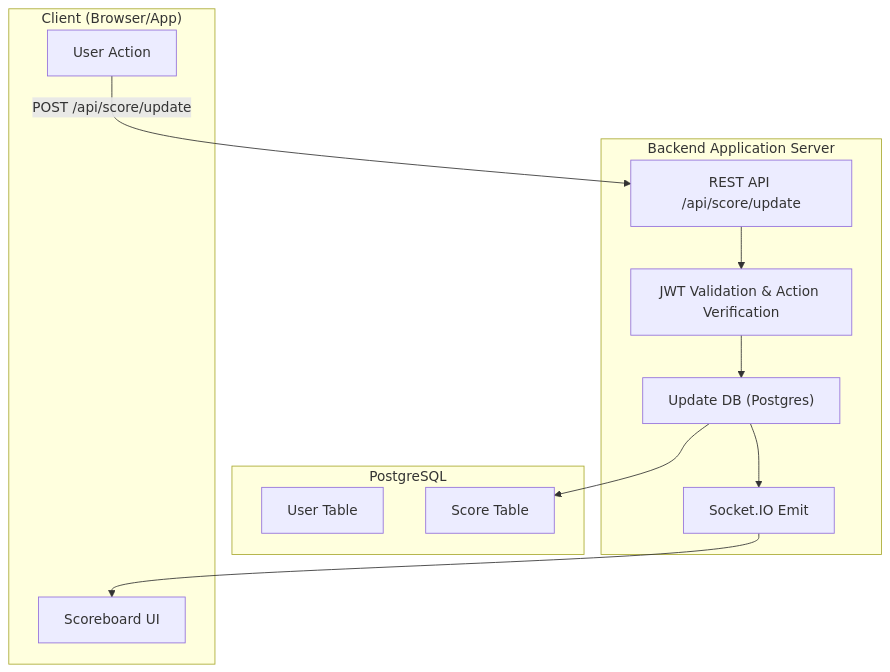
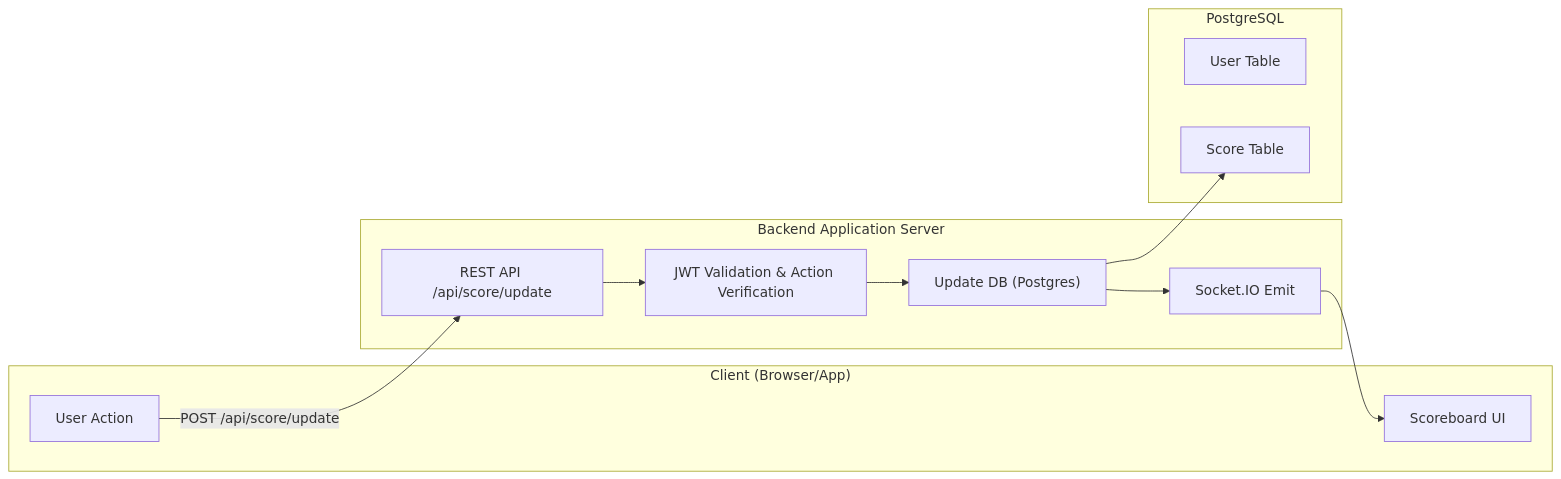
Before and after one commit to lvhoanthanh/react-login: the diagram in backend/readme.md, drawn with Mermaid.

````diff
--- a/backend/readme.md
+++ b/backend/readme.md
@@ -185,26 +185,29 @@
 ```mermaid
-flowchart TB
+flowchart LR
 
-    subgraph DB["PostgreSQL"]
-        D1["User Table"]
-        D2["Score Table"]
+    %% Client (Cột 1 - Bên trái)
+    subgraph Client["Client (Browser/App)"]
+        A1["User Action"]
+        A2["Scoreboard UI"]
     end
 
+    %% Backend (Cột 2 - Giữa)
     subgraph Backend["Backend Application Server"]
         B1["REST API /api/score/update"]
         B2["JWT Validation & Action Verification"]
         B3["Update DB (Postgres)"]
         B4["Socket.IO Emit"]
     end
 
-    
-    subgraph Client["Client (Browser/App)"]
-        A1["User Action"]
-        A2["Scoreboard UI"]
+    %% Database (Cột 3 - Bên phải)
+    subgraph DB["PostgreSQL"]
+        D1["User Table"]
+        D2["Score Table"]
     end
 
     %% Flow
     A1 -->|POST /api/score/update| B1
     B1 --> B2 --> B3 --> D2
     B3 --> B4 --> A2
+
 ```
````
